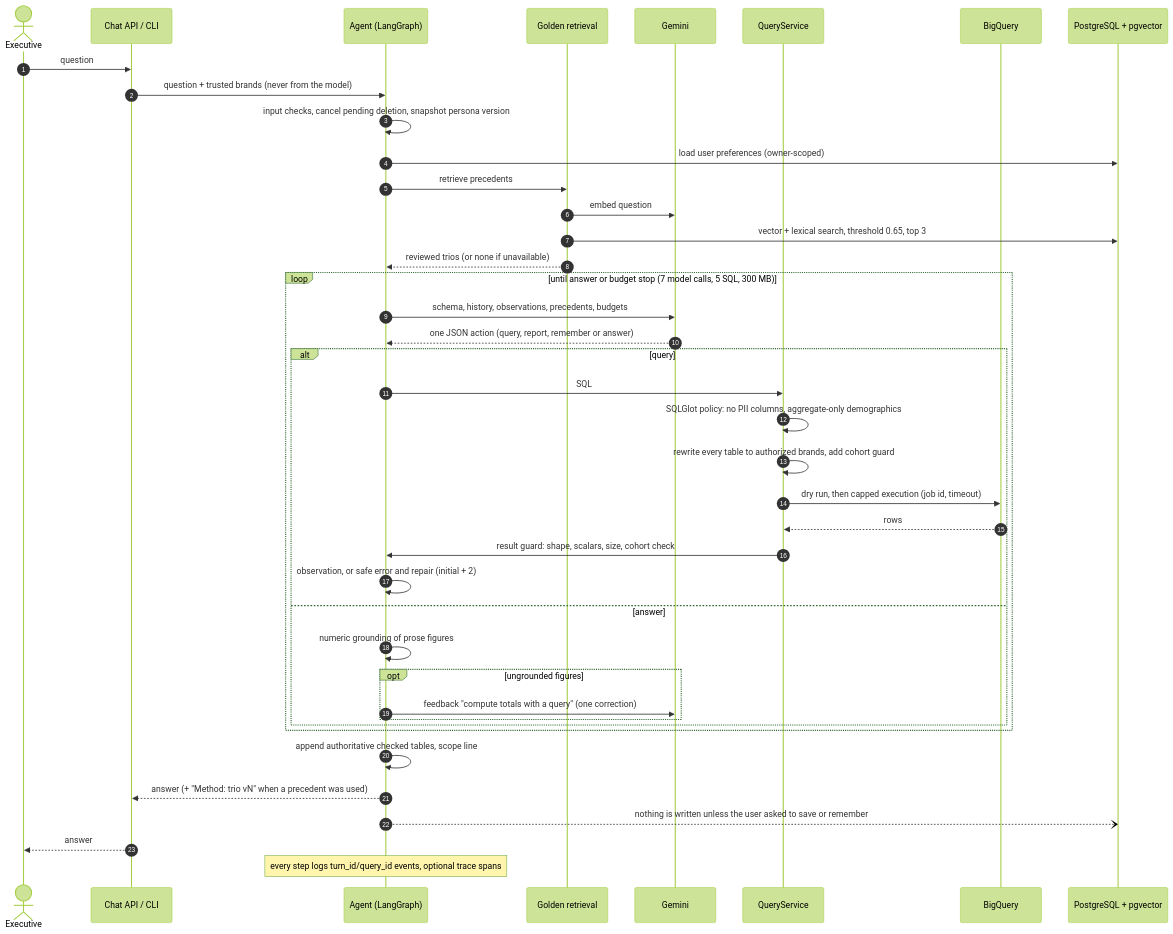
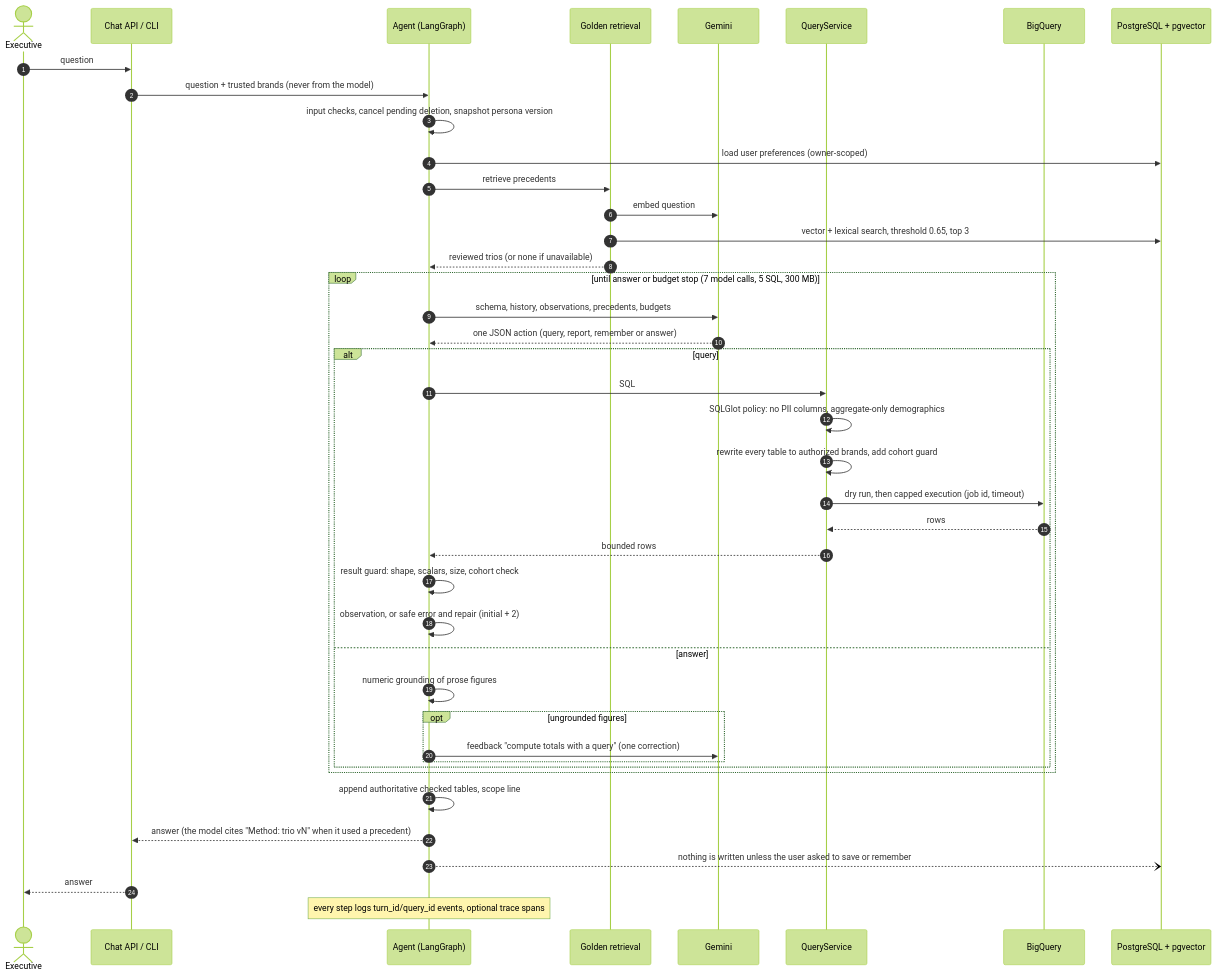
The second of 5 diagrams in HLD/PRODUCTION_HLD.md (BenFruit/opsfleet_retail), drawn with Mermaid (forest theme) before and after one commit. The commit also changed other lines of this file and 44 other files, not shown here.

````diff
--- a/HLD/PRODUCTION_HLD.md
+++ b/HLD/PRODUCTION_HLD.md
@@ -123,46 +123,47 @@
 ```mermaid
 %% One analytical question end to end. Implemented in the prototype except the
 %% API/identity hop (the CLI uses a trusted startup identity instead).
 sequenceDiagram
     autonumber
     actor U as Executive
     participant API as Chat API / CLI
     participant A as Agent (LangGraph)
     participant K as Golden retrieval
     participant G as Gemini
     participant Q as QueryService
     participant BQ as BigQuery
     participant PG as PostgreSQL + pgvector
 
     U->>API: question
     API->>A: question + trusted brands (never from the model)
     A->>A: input checks, cancel pending deletion, snapshot persona version
     A->>PG: load user preferences (owner-scoped)
     A->>K: retrieve precedents
     K->>G: embed question
     K->>PG: vector + lexical search, threshold 0.65, top 3
     K-->>A: reviewed trios (or none if unavailable)
     loop until answer or budget stop (7 model calls, 5 SQL, 300 MB)
         A->>G: schema, history, observations, precedents, budgets
         G-->>A: one JSON action (query, report, remember or answer)
         alt query
             A->>Q: SQL
             Q->>Q: SQLGlot policy: no PII columns, aggregate-only demographics
             Q->>Q: rewrite every table to authorized brands, add cohort guard
             Q->>BQ: dry run, then capped execution (job id, timeout)
             BQ-->>Q: rows
-            Q->>A: result guard: shape, scalars, size, cohort check
+            Q-->>A: bounded rows
+            A->>A: result guard: shape, scalars, size, cohort check
             A->>A: observation, or safe error and repair (initial + 2)
         else answer
             A->>A: numeric grounding of prose figures
             opt ungrounded figures
                 A->>G: feedback "compute totals with a query" (one correction)
             end
         end
     end
     A->>A: append authoritative checked tables, scope line
-    A-->>API: answer (+ "Method: trio vN" when a precedent was used)
+    A-->>API: answer (the model cites "Method: trio vN" when it used a precedent)
     A--)PG: nothing is written unless the user asked to save or remember
     API-->>U: answer
     Note over A: every step logs turn_id/query_id events, optional trace spans
 ```
````
